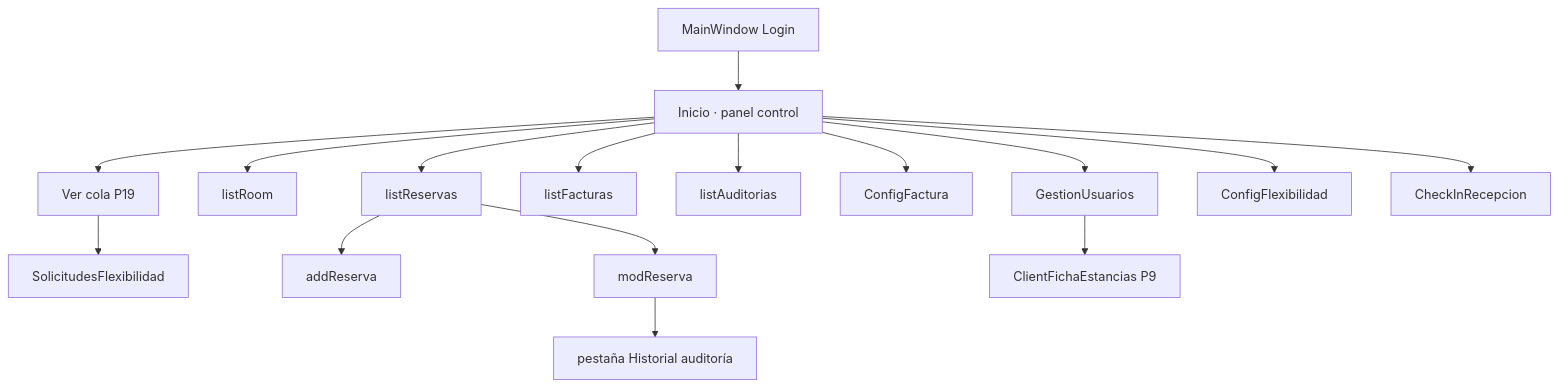
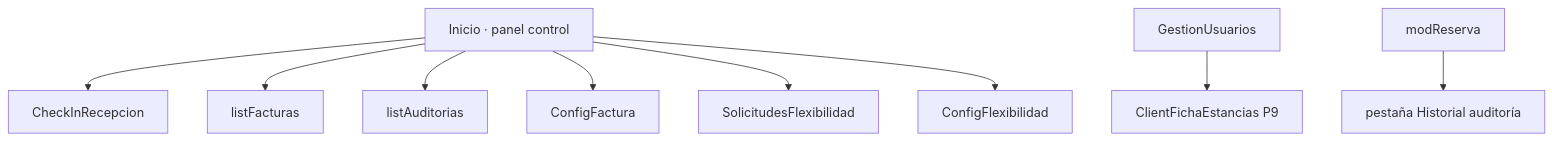
Before and after one commit to Arsene-Althor/WPF-Intermodular-Ysael: the diagram in README.md, drawn with Mermaid. The commit also changed other lines of this file, not shown here.

````diff
--- a/README.md
+++ b/README.md
@@ -87,18 +22,11 @@
 ```mermaid
 flowchart TD
-    LOGIN[MainWindow Login] --> INICIO[Inicio · panel control]
-    INICIO --> R[listReservas]
-    INICIO --> H[listRoom]
-    INICIO --> U[GestionUsuarios]
+    INICIO[Inicio · panel control] --> CI[CheckInRecepcion]
     INICIO --> F[listFacturas]
     INICIO --> A[listAuditorias]
     INICIO --> CF[ConfigFactura]
-    INICIO --> CQ[Ver cola P19]
-    CQ --> SF[SolicitudesFlexibilidad]
+    INICIO --> CQ[SolicitudesFlexibilidad]
     INICIO --> CFX[ConfigFlexibilidad]
-    R --> AR[addReserva]
-    R --> MR[modReserva]
-    MR --> AUD[pestaña Historial auditoría]
-    INICIO --> CI[CheckInRecepcion]
-    U --> EST[ClientFichaEstancias P9]
+    U[GestionUsuarios] --> EST[ClientFichaEstancias P9]
+    MR[modReserva] --> AUD[pestaña Historial auditoría]
 ```
````
